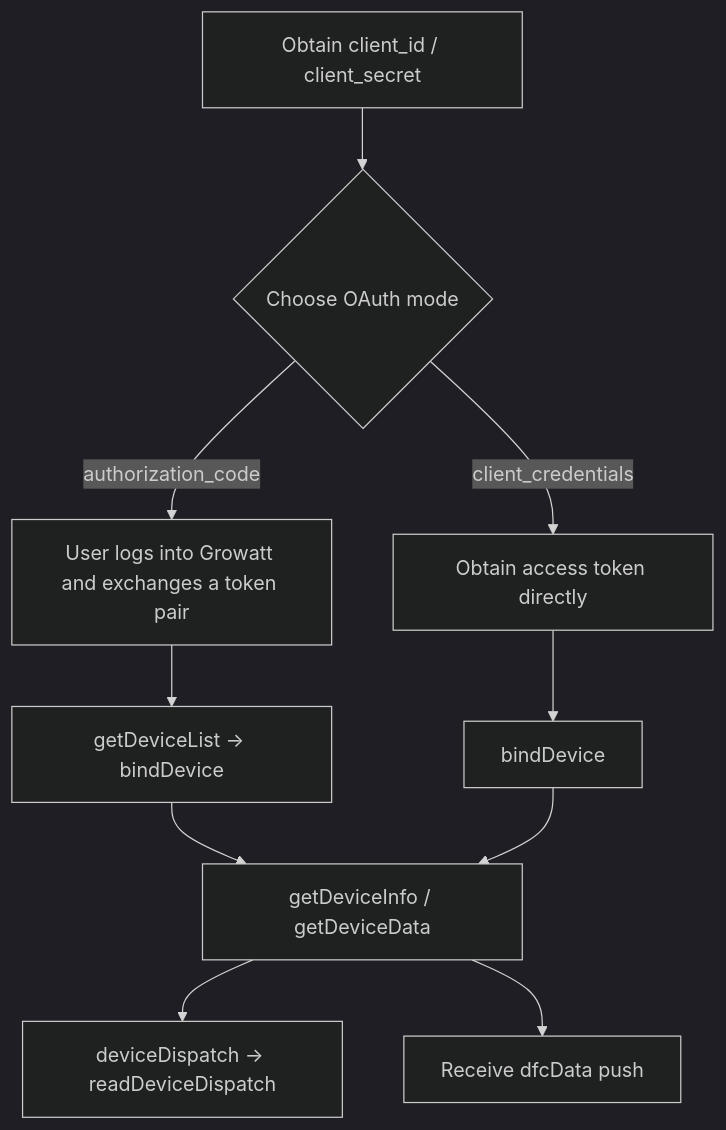
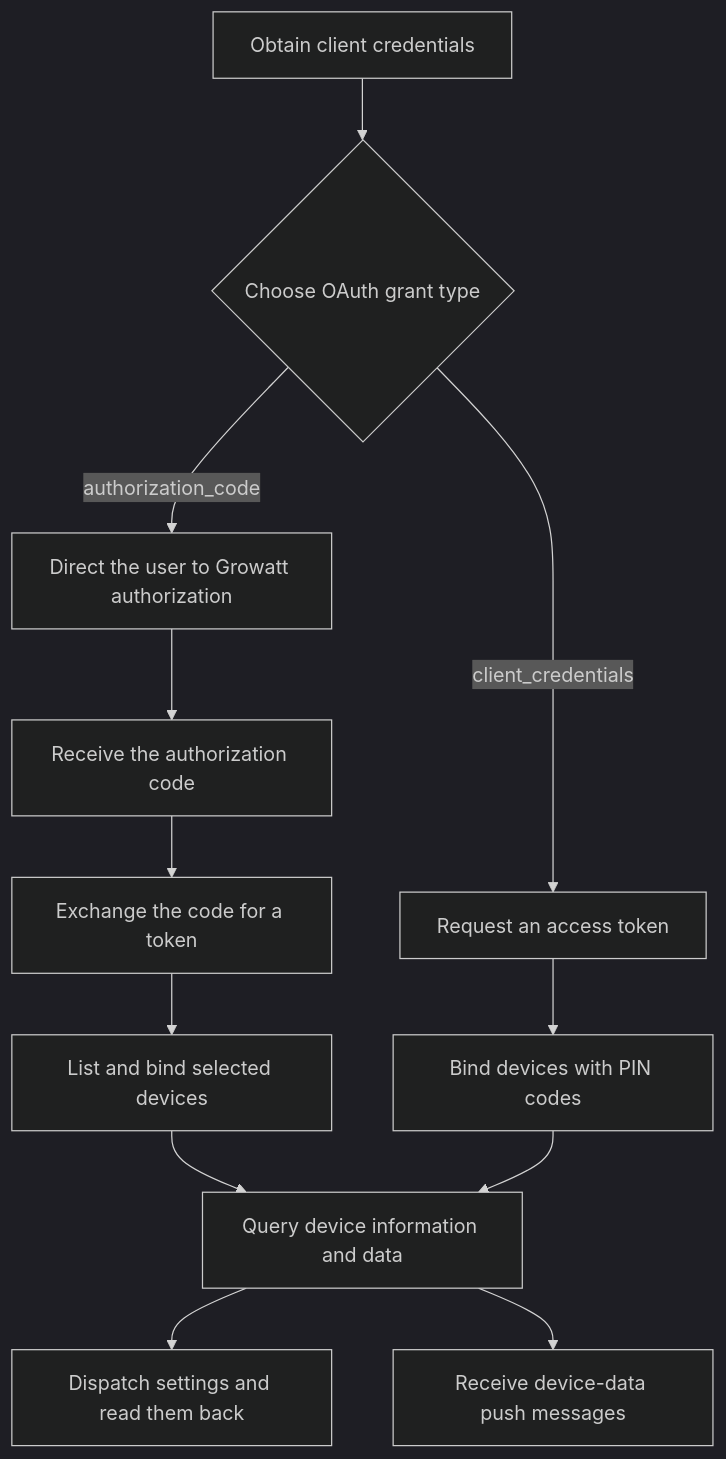
The diagram in Growatt API/Growatt Open API Professional Integration Guide.md (EugeneJian/growatt-unified-api), drawn with Mermaid (dark theme) before and after one commit. The commit also changed other lines of this file and 46 other files, not shown here.

````diff
--- a/Growatt API/Growatt Open API Professional Integration Guide.md
+++ b/Growatt API/Growatt Open API Professional Integration Guide.md
@@ -16,12 +16,14 @@
 ```mermaid
 flowchart TD
-    A["Obtain client_id / client_secret"] --> B{"Choose OAuth mode"}
-    B -->|"authorization_code"| C["User logs into Growatt and exchanges a token pair"]
-    B -->|"client_credentials"| D["Obtain access token directly"]
-    C --> E["getDeviceList -> bindDevice"]
-    D --> F["bindDevice"]
-    E --> G["getDeviceInfo / getDeviceData"]
-    F --> G
-    G --> H["deviceDispatch -> readDeviceDispatch"]
-    G --> I["Receive dfcData push"]
+    A["Obtain client credentials"] --> B{"Choose OAuth grant type"}
+    B -->|"authorization_code"| C["Direct the user to Growatt authorization"]
+    C --> D["Receive the authorization code"]
+    D --> E["Exchange the code for a token"]
+    E --> F["List and bind selected devices"]
+    B -->|"client_credentials"| G["Request an access token"]
+    G --> H["Bind devices with PIN codes"]
+    F --> I["Query device information and data"]
+    H --> I
+    I --> J["Dispatch settings and read them back"]
+    I --> K["Receive device-data push messages"]
 ```
````
